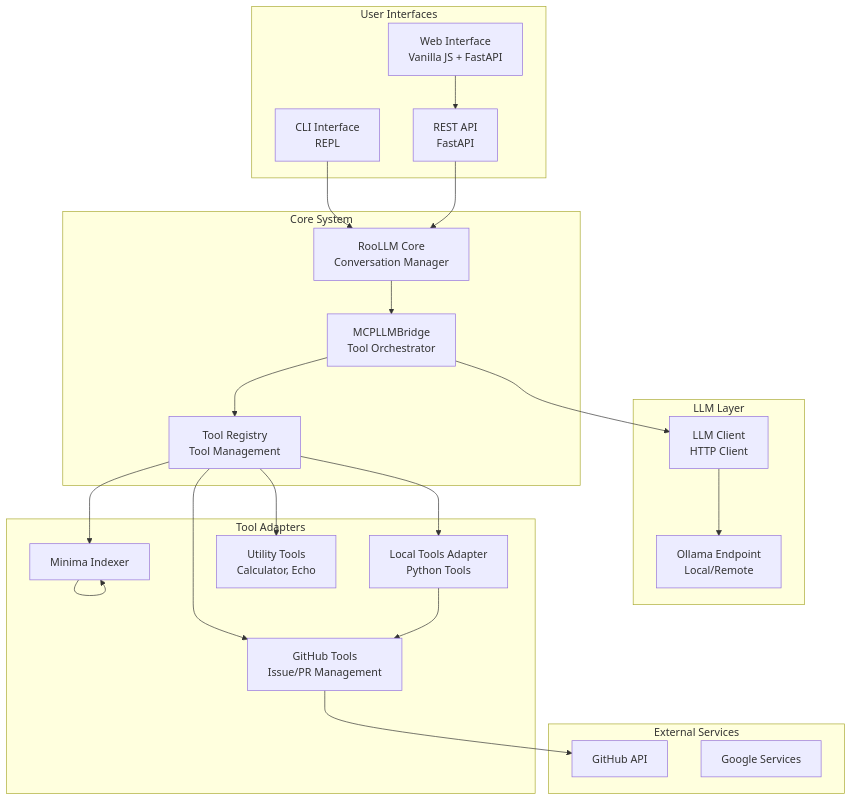
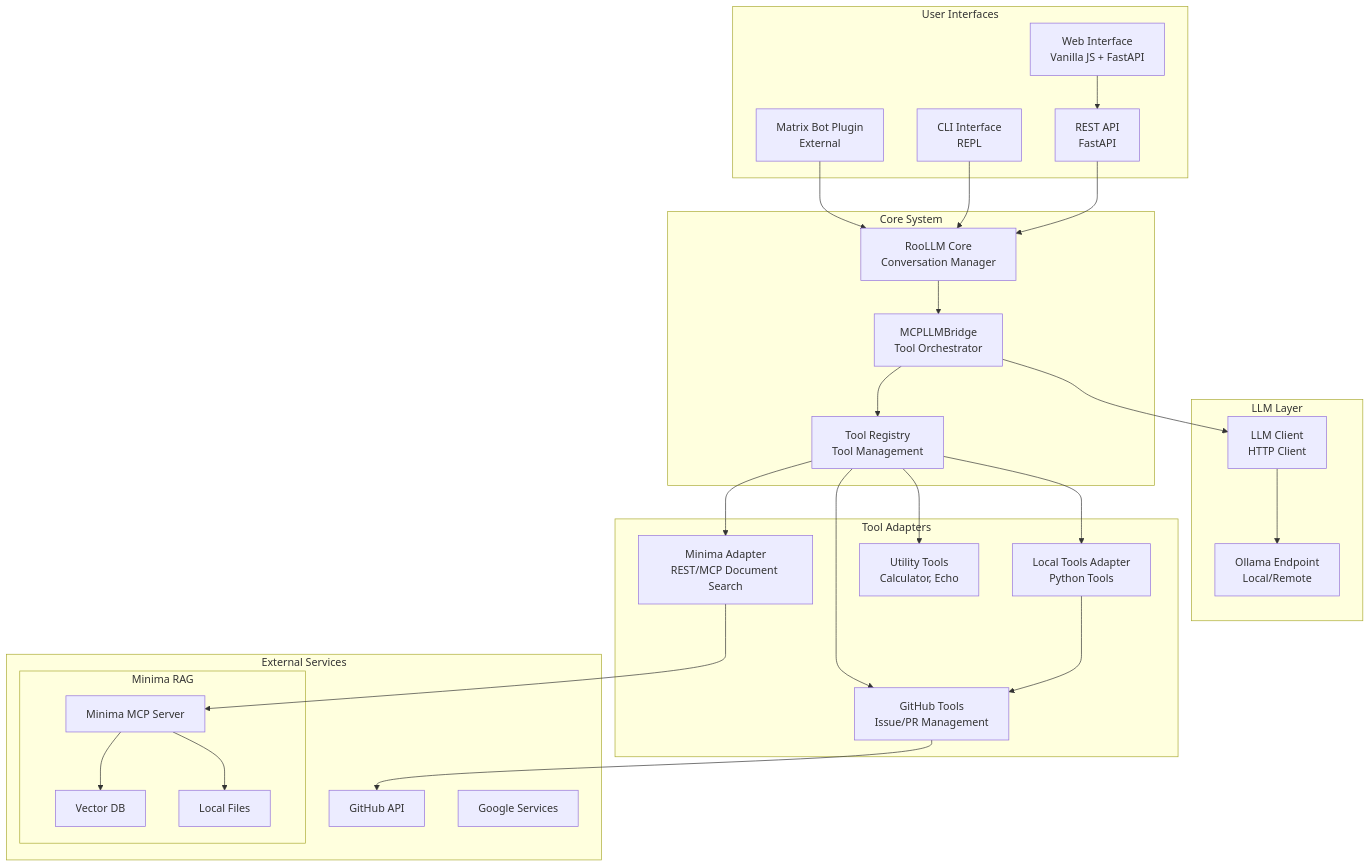
One commit to hyphacoop/RooLLM changed the diagram in ROOLLM_ARCHITECTURE.md. Above: the diagram before and after it, drawn with Mermaid. The commit also changed other lines of this file, not shown here.

Commit message:
include matrix bot integration and enhance minima adapter description

````diff
--- a/ROOLLM_ARCHITECTURE.md
+++ b/ROOLLM_ARCHITECTURE.md
@@ -9,51 +9,59 @@
 ```mermaid
 graph TB
     subgraph "User Interfaces"
         UI[Web Interface<br/>Vanilla JS + FastAPI]
         CLI[CLI Interface<br/>REPL]
+        MATRIX[Matrix Bot Plugin<br/>External]
         API[REST API<br/>FastAPI]
     end
     
     subgraph "Core System"
         Roo[RooLLM Core<br/>Conversation Manager]
         Bridge[MCPLLMBridge<br/>Tool Orchestrator]
         Registry[Tool Registry<br/>Tool Management]
     end
     
     subgraph "LLM Layer"
         Client[LLM Client<br/>HTTP Client]
         Ollama[Ollama Endpoint<br/>Local/Remote]
     end
     
     subgraph "Tool Adapters"
         Local[Local Tools Adapter<br/>Python Tools]
-        Minima[Minima REST Adapter<br/>Document Search]
+        Minima[Minima Adapter<br/>REST/MCP Document Search]
         GitHub[GitHub Tools<br/>Issue/PR Management]
         Calc[Utility Tools<br/>Calculator, Echo]
     end
     
     subgraph "External Services"
         GH[GitHub API]
         Google[Google Services]
-        Minima[Minima Indexer]
+        subgraph "Minima RAG"
+            MinimaMCP[Minima MCP Server]
+            VectorDB[Vector DB]
+            LocalFiles[Local Files]
+        end
     end
     
     UI --> API
+    MATRIX --> Roo
     CLI --> Roo
     API --> Roo
     
     Roo --> Bridge
     Bridge --> Registry
     Bridge --> Client
     
     Client --> Ollama
     
     Registry --> Local
     Registry --> Minima
     Registry --> GitHub
     Registry --> Calc
     
     Local --> GitHub
     GitHub --> GH
-    Minima --> Minima
+    Minima --> MinimaMCP
+    MinimaMCP --> VectorDB
+    MinimaMCP --> LocalFiles
 ```
````
